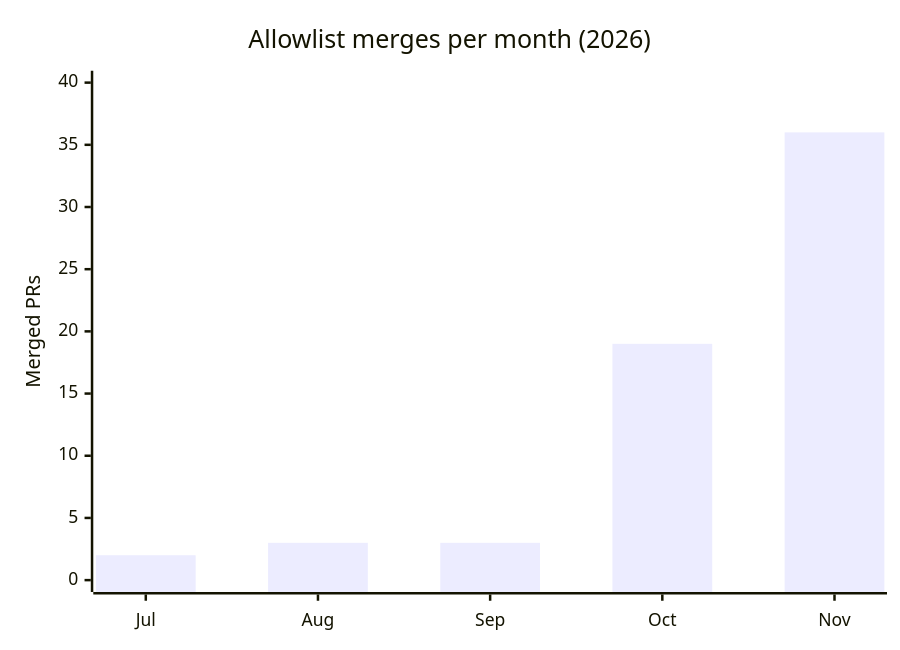
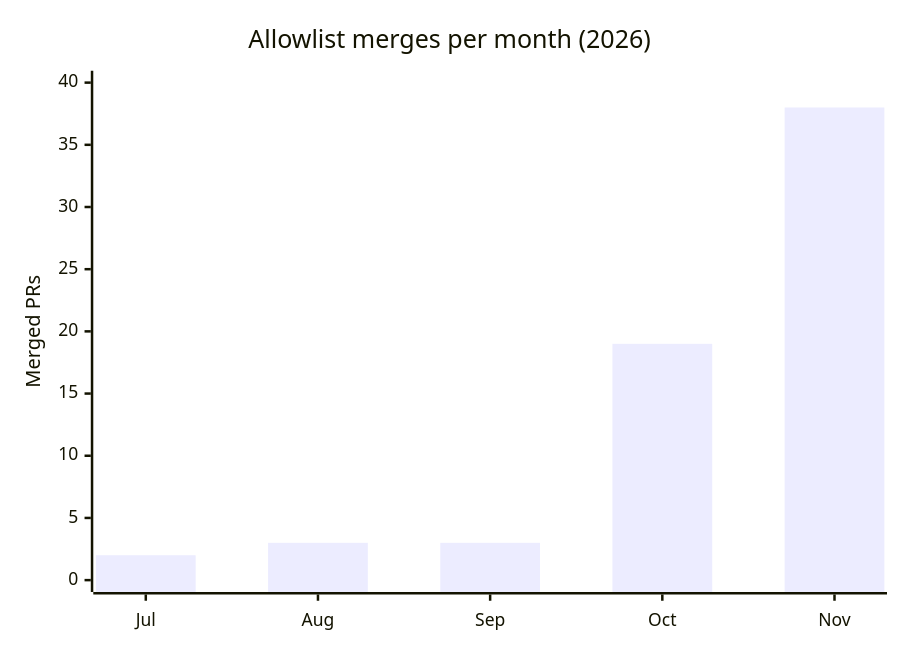
Before and after one commit to mangeshraut712/mangeshraut712: the second of 2 diagrams in README.md, drawn with Mermaid. The commit also changed other lines of this file and 1 other file, not shown here.

````diff
--- a/README.md
+++ b/README.md
@@ -268,7 +282,7 @@
 ```mermaid
 xychart-beta
   title "Allowlist merges per month (2026)"
   x-axis [Jul, Aug, Sep, Oct, Nov]
   y-axis "Merged PRs" 0 --> 40
-  bar [2, 3, 3, 19, 36]
+  bar [2, 3, 3, 19, 38]
 ```
````
